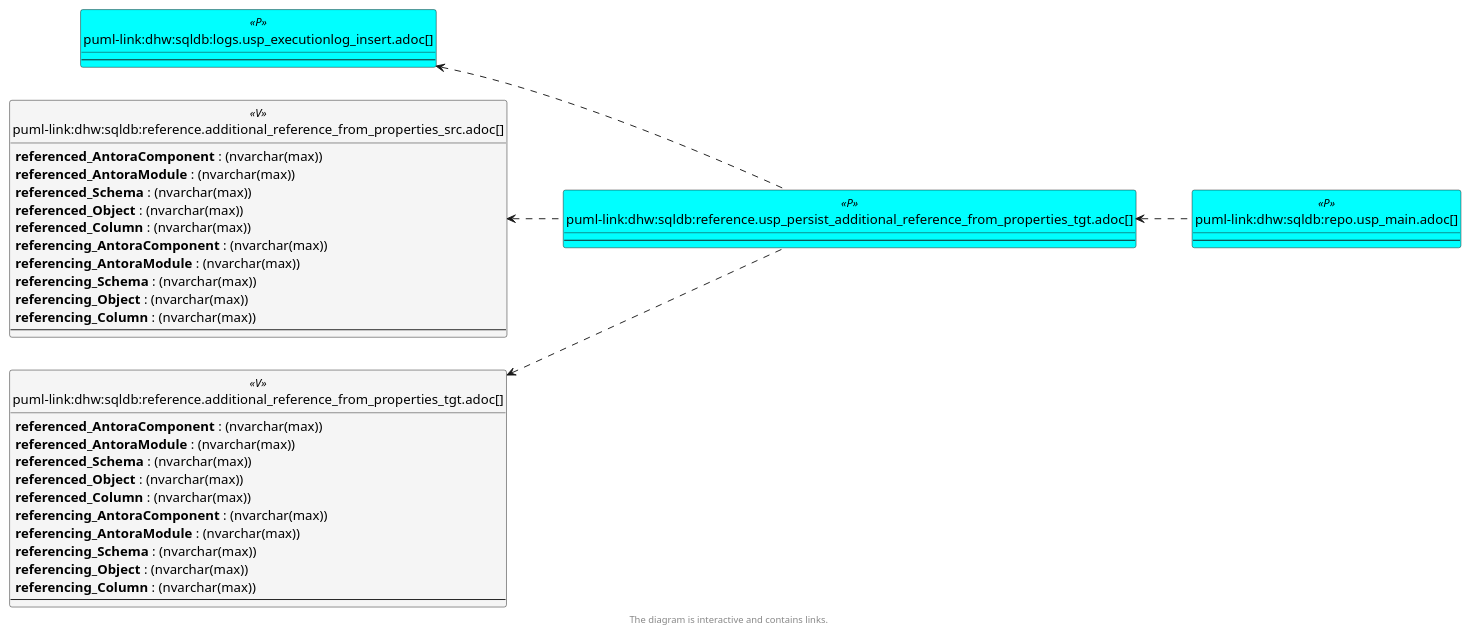
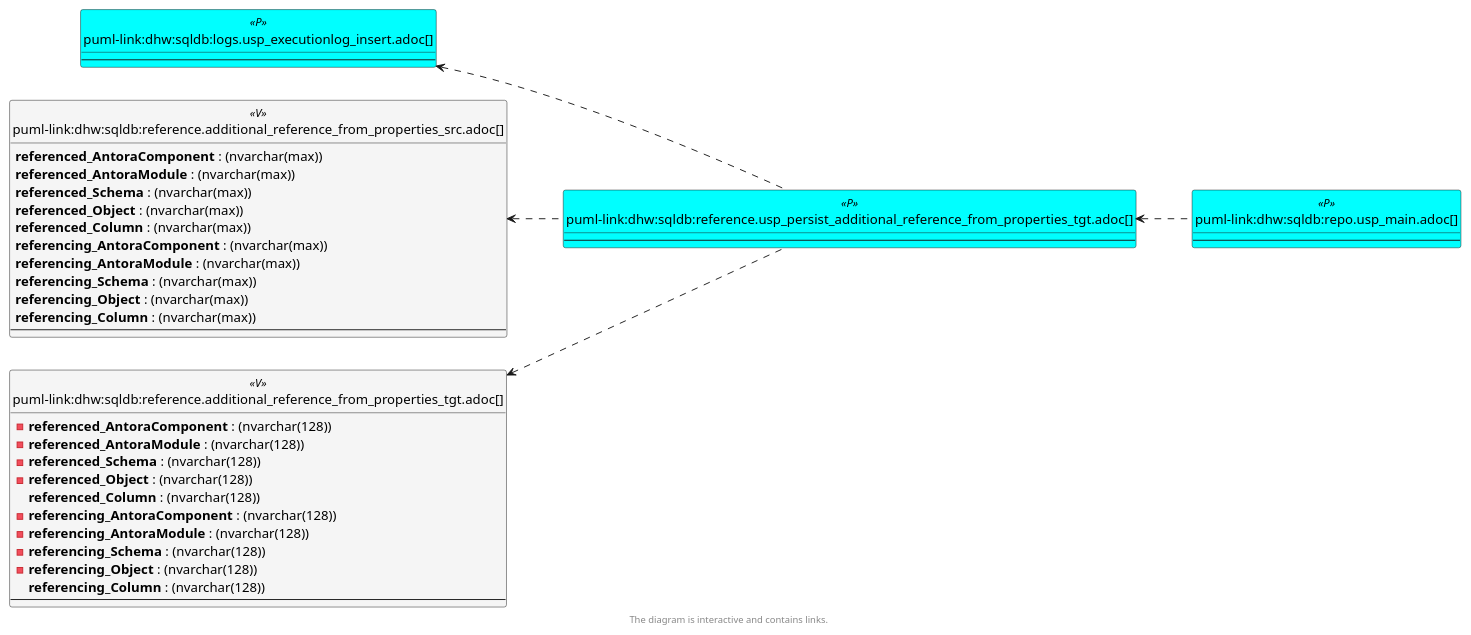
Before and after one commit to DataHandwerk/dhw-antora-sqldb: the third of 6 diagrams in docs/modules/sqldb/partials/content/reference.usp_persist_additional_reference_from_properties_tgt.adoc, drawn with PlantUML. The commit also changed other lines of this file and 641 other files, not shown here.

```diff
--- a/docs/modules/sqldb/partials/content/reference.usp_persist_additional_reference_from_properties_tgt.adoc
+++ b/docs/modules/sqldb/partials/content/reference.usp_persist_additional_reference_from_properties_tgt.adoc
@@ -571,79 +571,79 @@
 [plantuml, entity_1_1_objectref-{docname}, svg, subs=macros]
 ....
 @startuml
 left to right direction
 'top to bottom direction
 hide circle
 'avoide "." issues:
 set namespaceSeparator none
 
 
 skinparam class {
   BackgroundColor White
   BackgroundColor<<FN>> Yellow
   BackgroundColor<<FS>> Yellow
   BackgroundColor<<FT>> LightGray
   BackgroundColor<<IF>> Yellow
   BackgroundColor<<IS>> Yellow
   BackgroundColor<<P>>  Aqua
   BackgroundColor<<PC>> Aqua
   BackgroundColor<<SN>> Yellow
   BackgroundColor<<SO>> SlateBlue
   BackgroundColor<<TF>> LightGray
   BackgroundColor<<TR>> Tomato
   BackgroundColor<<U>>  White
   BackgroundColor<<V>>  WhiteSmoke
   BackgroundColor<<X>>  Aqua
   BackgroundColor<<external>> AliceBlue
 }
 
 
 entity "puml-link:dhw:sqldb:logs.usp_executionlog_insert.adoc[]" as logs.usp_ExecutionLog_insert << P >> {
   --
 }
 
 entity "puml-link:dhw:sqldb:reference.additional_reference_from_properties_src.adoc[]" as reference.additional_Reference_from_properties_src << V >> {
   **referenced_AntoraComponent** : (nvarchar(max))
   **referenced_AntoraModule** : (nvarchar(max))
   **referenced_Schema** : (nvarchar(max))
   **referenced_Object** : (nvarchar(max))
   **referenced_Column** : (nvarchar(max))
   **referencing_AntoraComponent** : (nvarchar(max))
   **referencing_AntoraModule** : (nvarchar(max))
   **referencing_Schema** : (nvarchar(max))
   **referencing_Object** : (nvarchar(max))
   **referencing_Column** : (nvarchar(max))
   --
 }
 
 entity "puml-link:dhw:sqldb:reference.additional_reference_from_properties_tgt.adoc[]" as reference.additional_Reference_from_properties_tgt << V >> {
-  **referenced_AntoraComponent** : (nvarchar(max))
-  **referenced_AntoraModule** : (nvarchar(max))
-  **referenced_Schema** : (nvarchar(max))
-  **referenced_Object** : (nvarchar(max))
-  **referenced_Column** : (nvarchar(max))
-  **referencing_AntoraComponent** : (nvarchar(max))
-  **referencing_AntoraModule** : (nvarchar(max))
-  **referencing_Schema** : (nvarchar(max))
-  **referencing_Object** : (nvarchar(max))
-  **referencing_Column** : (nvarchar(max))
+  - **referenced_AntoraComponent** : (nvarchar(128))
+  - **referenced_AntoraModule** : (nvarchar(128))
+  - **referenced_Schema** : (nvarchar(128))
+  - **referenced_Object** : (nvarchar(128))
+  **referenced_Column** : (nvarchar(128))
+  - **referencing_AntoraComponent** : (nvarchar(128))
+  - **referencing_AntoraModule** : (nvarchar(128))
+  - **referencing_Schema** : (nvarchar(128))
+  - **referencing_Object** : (nvarchar(128))
+  **referencing_Column** : (nvarchar(128))
   --
 }
 
 entity "puml-link:dhw:sqldb:reference.usp_persist_additional_reference_from_properties_tgt.adoc[]" as reference.usp_PERSIST_additional_Reference_from_properties_tgt << P >> {
   --
 }
 
 entity "puml-link:dhw:sqldb:repo.usp_main.adoc[]" as repo.usp_main << P >> {
   --
 }
 
 logs.usp_ExecutionLog_insert <.. reference.usp_PERSIST_additional_Reference_from_properties_tgt
 reference.additional_Reference_from_properties_src <.. reference.usp_PERSIST_additional_Reference_from_properties_tgt
 reference.additional_Reference_from_properties_tgt <.. reference.usp_PERSIST_additional_Reference_from_properties_tgt
 reference.usp_PERSIST_additional_Reference_from_properties_tgt <.. repo.usp_main
 
 footer The diagram is interactive and contains links.
 
 @enduml
 ....
```
